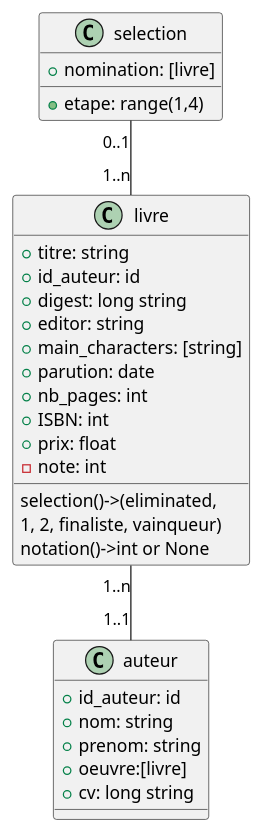
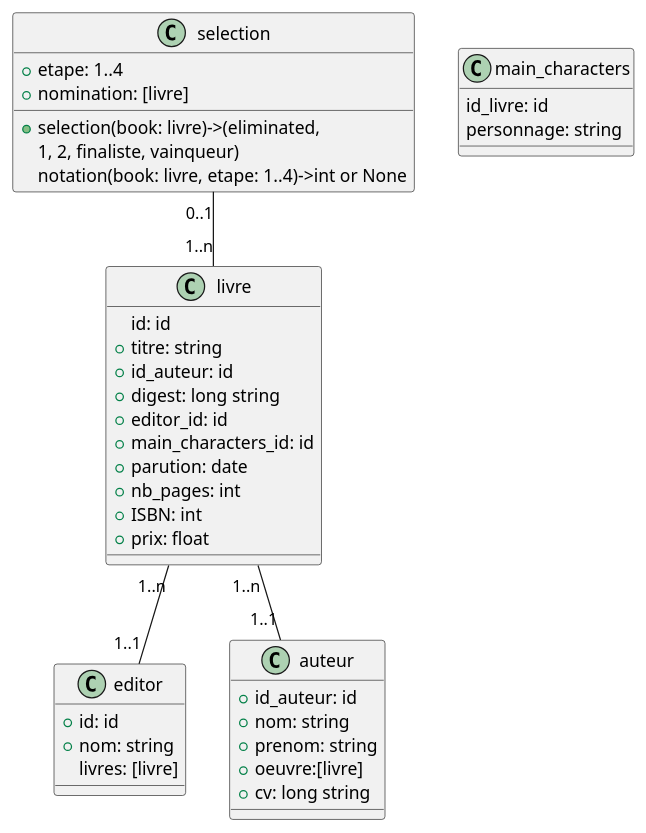
The diagram in GoncourtClass.puml (ayl001/goncourt.online), drawn with PlantUML before and after one commit. The commit also changed 3 other files, not shown here.

```diff
--- a/GoncourtClass.puml
+++ b/GoncourtClass.puml
@@ -1,32 +1,43 @@
 @startuml
 'https://plantuml.com/class-diagram
 class livre{
+id: id
 +titre: string
 +id_auteur: id
 +digest: long string
-+editor: string
-+main_characters: [string]
++editor_id: id
++main_characters_id: id
 +parution: date
 +nb_pages: int
 +ISBN: int
 +prix: float
--note: int
-selection()->(eliminated,
-1, 2, finaliste, vainqueur)
-notation()->int or None
+}
+class main_characters {
+id_livre: id
+personnage: string
+}
+class editor {
++id: id
++nom: string
+livres: [livre]
 }
 class auteur{
 +id_auteur: id
 +nom: string
 +prenom: string
 +oeuvre:[livre]
 +cv: long string
 }
 
 class selection{
-+etape: range(1,4)
++etape: 1..4
 +nomination: [livre]
++ selection(book: livre)->(eliminated,
+1, 2, finaliste, vainqueur)
+notation(book: livre, etape: 1..4)->int or None
 }
+livre"1..n"--"1..1"editor
 livre"1..n"--"1..1"auteur
 selection"0..1"--"1..n"livre
+
 @enduml
```
